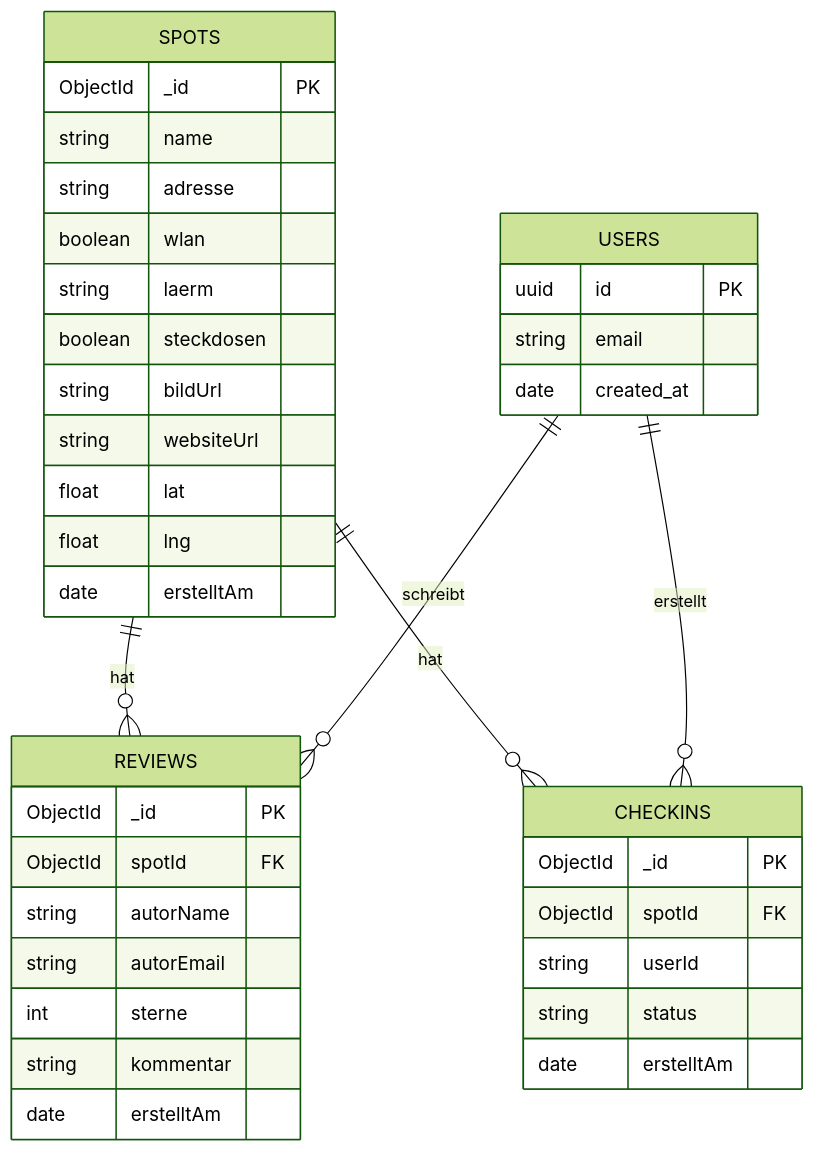
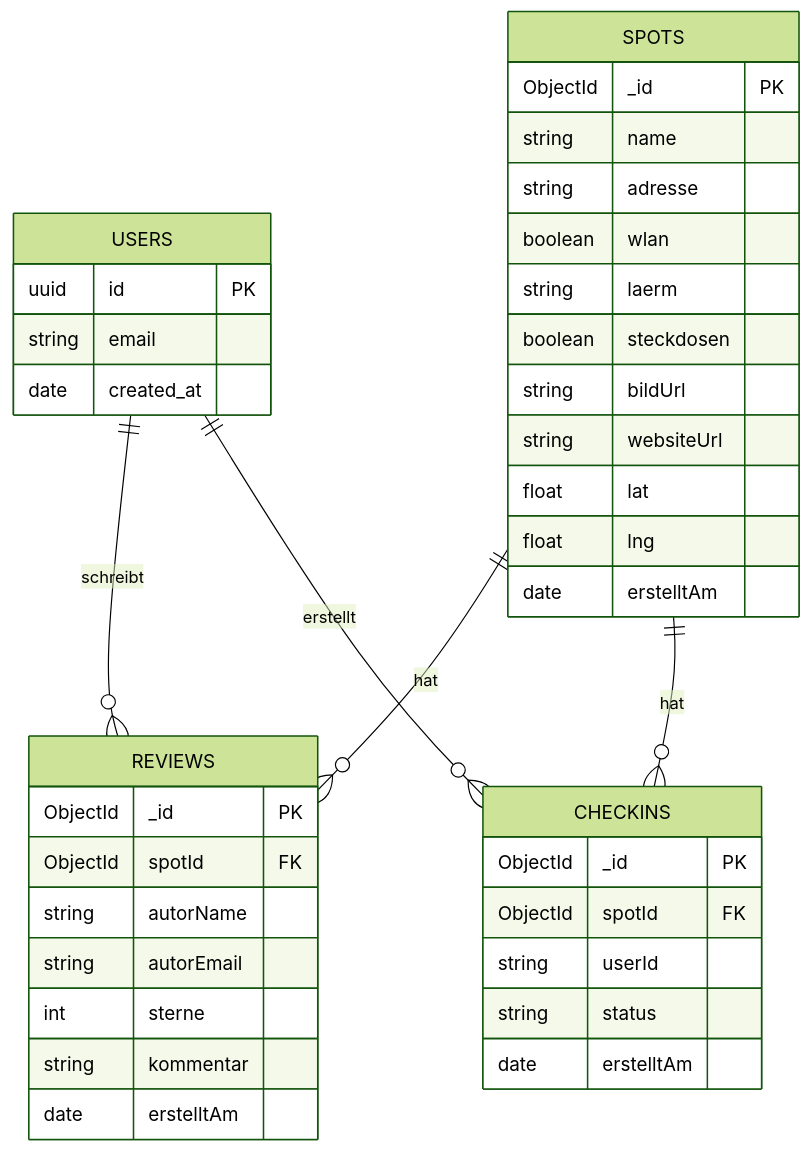
Before and after one commit to rexheeri/studyspot-zhaw: the diagram in README.md, drawn with Mermaid (forest theme).

Commit message:
docs: ER-Diagramm Layout bereinigt, keine kreuzenden Linien

````diff
--- a/README.md
+++ b/README.md
@@ -134,41 +134,42 @@
 ```mermaid
 erDiagram
+    USERS ||--o{ REVIEWS : "schreibt"
+    SPOTS ||--o{ REVIEWS : "hat"
+    SPOTS ||--o{ CHECKINS : "hat"
+    USERS ||--o{ CHECKINS : "erstellt"
+
+    USERS {
+        uuid id PK
+        string email
+        date created_at
+    }
+    REVIEWS {
+        ObjectId _id PK
+        ObjectId spotId FK
+        string autorName
+        string autorEmail
+        int sterne
+        string kommentar
+        date erstelltAm
+    }
     SPOTS {
         ObjectId _id PK
         string name
         string adresse
         boolean wlan
         string laerm
         boolean steckdosen
         string bildUrl
         string websiteUrl
         float lat
         float lng
         date erstelltAm
     }
-    REVIEWS {
-        ObjectId _id PK
-        ObjectId spotId FK
-        string autorName
-        string autorEmail
-        int sterne
-        string kommentar
-        date erstelltAm
-    }
     CHECKINS {
         ObjectId _id PK
         ObjectId spotId FK
         string userId
         string status
         date erstelltAm
     }
-    USERS {
-        uuid id PK
-        string email
-        date created_at
-    }
-    SPOTS ||--o{ REVIEWS : "hat"
-    SPOTS ||--o{ CHECKINS : "hat"
-    USERS ||--o{ REVIEWS : "schreibt"
-    USERS ||--o{ CHECKINS : "erstellt"
 ```
````
